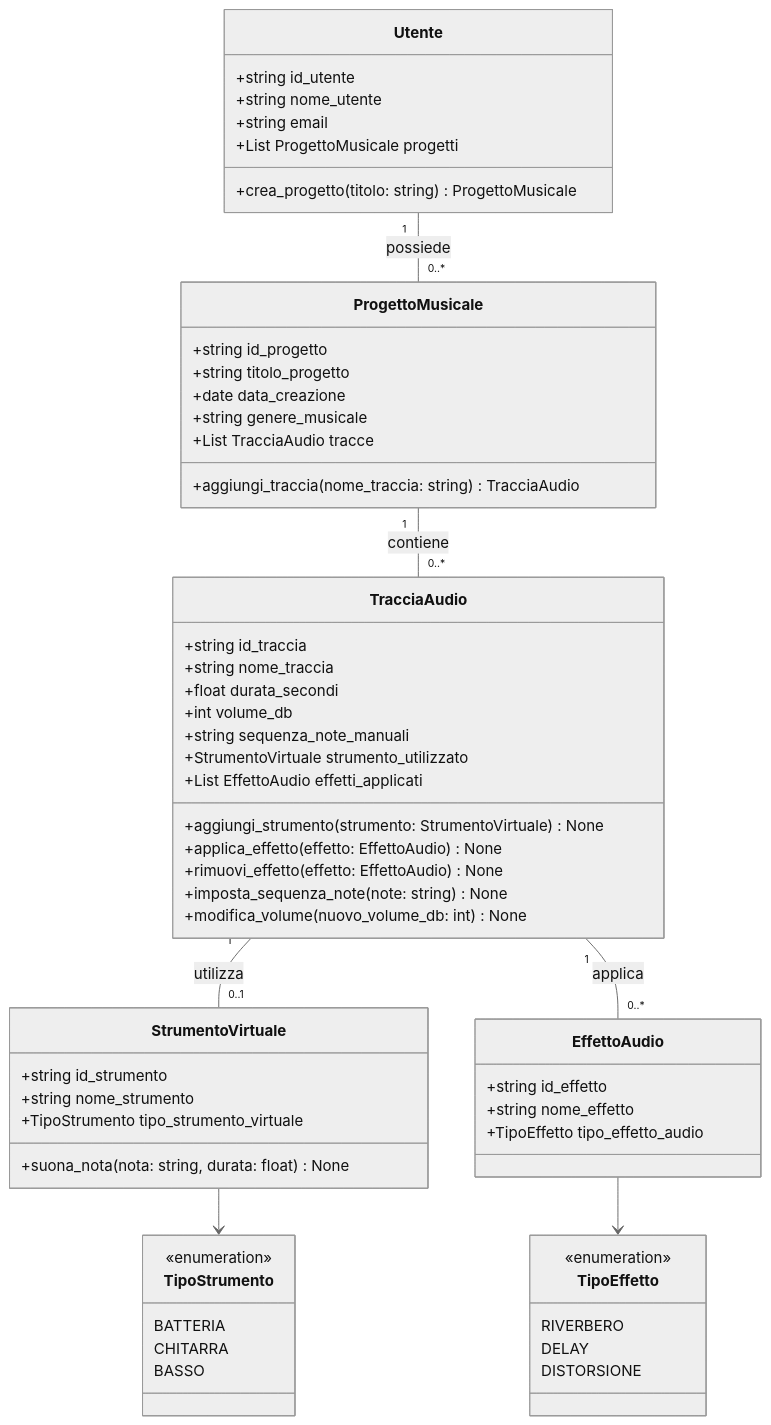
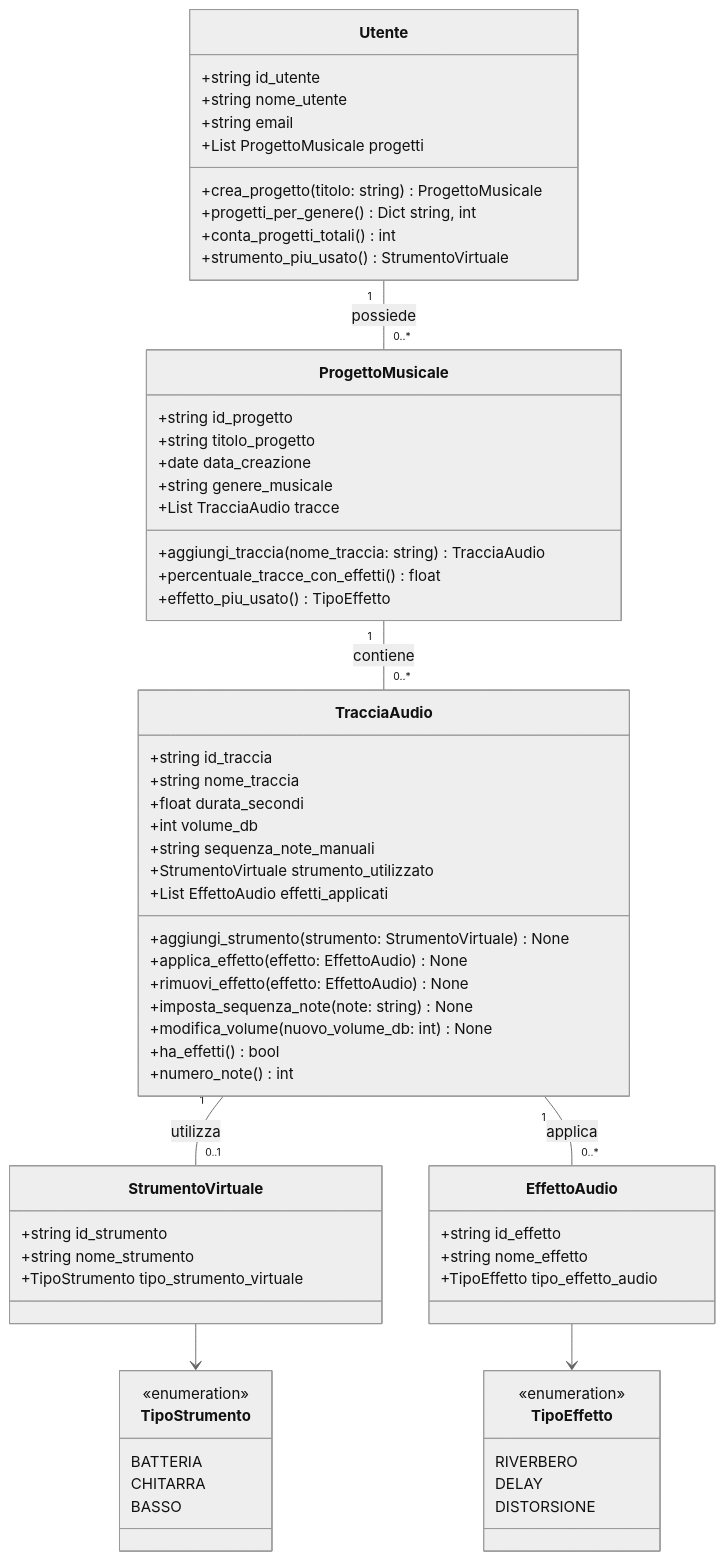
Before and after one commit to MarcoArlotti/ssh_sync_4-: the diagram in arlotti_es35/35.md, drawn with Mermaid (neutral theme). The commit also changed 1 other file, not shown here.

````diff
--- a/arlotti_es35/35.md
+++ b/arlotti_es35/35.md
@@ -1,69 +1,75 @@
 ```mermaid
 classDiagram
     class Utente {
         +string id_utente
         +string nome_utente
         +string email
         +List ProgettoMusicale progetti
         +crea_progetto(titolo: string) ProgettoMusicale
+        +progetti_per_genere() Dict string, int
+        +conta_progetti_totali() int
+        +strumento_piu_usato() StrumentoVirtuale
     }
 
     class ProgettoMusicale {
         +string id_progetto
         +string titolo_progetto
         +date data_creazione
         +string genere_musicale
         +List TracciaAudio tracce
         +aggiungi_traccia(nome_traccia: string) TracciaAudio
+        +percentuale_tracce_con_effetti() float
+        +effetto_piu_usato() TipoEffetto
     }
 
     class TracciaAudio {
         +string id_traccia
         +string nome_traccia
         +float durata_secondi
         +int volume_db
         +string sequenza_note_manuali
         +StrumentoVirtuale strumento_utilizzato
         +List EffettoAudio  effetti_applicati
         +aggiungi_strumento(strumento: StrumentoVirtuale) None
         +applica_effetto(effetto: EffettoAudio) None
         +rimuovi_effetto(effetto: EffettoAudio) None
         +imposta_sequenza_note(note: string) None
         +modifica_volume(nuovo_volume_db: int) None
+        +ha_effetti() bool
+        +numero_note() int
     }
 
     class StrumentoVirtuale {
         +string id_strumento
         +string nome_strumento
         +TipoStrumento tipo_strumento_virtuale
-        +suona_nota(nota: string, durata: float) None
     }
 
     class EffettoAudio {
         +string id_effetto
         +string nome_effetto
         +TipoEffetto tipo_effetto_audio
     }
 
     class TipoStrumento {
         <<enumeration>>
         BATTERIA
         CHITARRA
         BASSO
     }
 
     class TipoEffetto {
         <<enumeration>>
         RIVERBERO
         DELAY
         DISTORSIONE
     }
 
     Utente "1" -- "0..*" ProgettoMusicale : possiede
     ProgettoMusicale "1" -- "0..*" TracciaAudio : contiene
     TracciaAudio "1" -- "0..1" StrumentoVirtuale : utilizza
     TracciaAudio "1" -- "0..*" EffettoAudio : applica
 
     StrumentoVirtuale --> TipoStrumento
     EffettoAudio --> TipoEffetto
 ```
````
